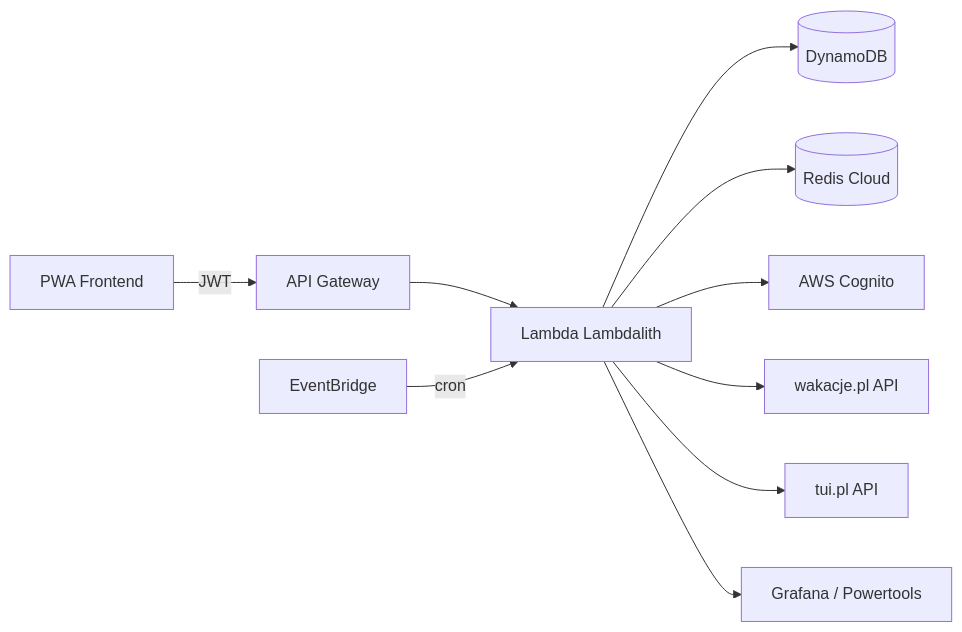
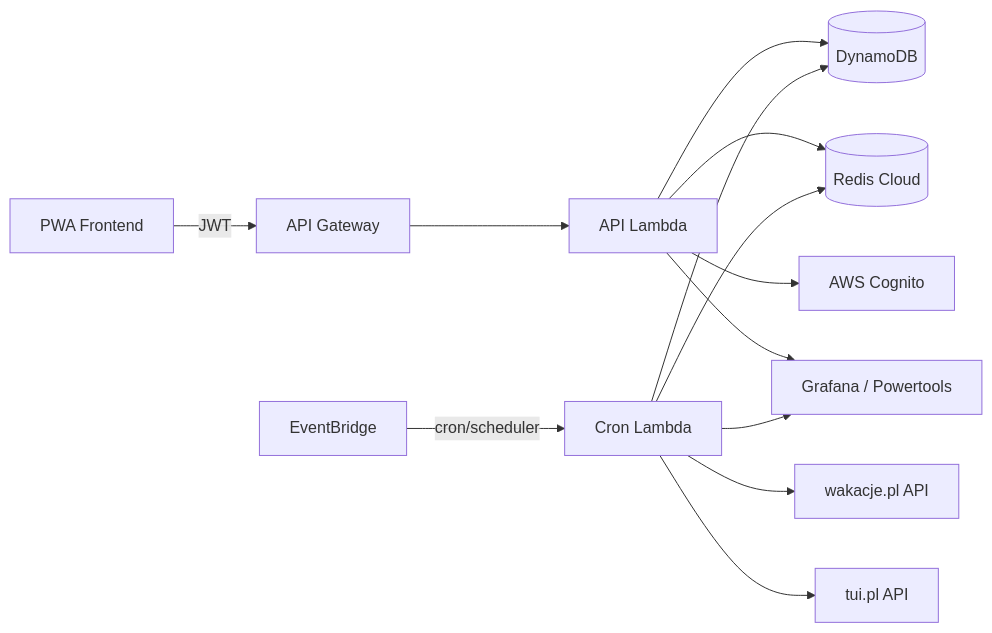
The diagram in docs/architecture/system-overview.md (skalskidaniel/travelis-backend), drawn with Mermaid before and after one commit. The commit also changed other lines of this file and 11 other files, not shown here.

````diff
--- a/docs/architecture/system-overview.md
+++ b/docs/architecture/system-overview.md
@@ -61,12 +64,15 @@
 ```mermaid
 flowchart LR
     PWA[PWA Frontend] -->|JWT| APIGW[API Gateway]
-    APIGW --> Lambda[Lambda Lambdalith]
-    Lambda --> DDB[(DynamoDB)]
-    Lambda --> Redis[(Redis Cloud)]
-    Lambda --> Cognito[AWS Cognito]
-    Lambda --> WAK[wakacje.pl API]
-    Lambda --> TUI[tui.pl API]
-    EB[EventBridge] -->|cron| Lambda
-    Lambda --> Grafana[Grafana / Powertools]
+    APIGW --> ApiLambda[API Lambda]
+    EB[EventBridge] -->|cron/scheduler| CronLambda[Cron Lambda]
+    ApiLambda --> DDB[(DynamoDB)]
+    CronLambda --> DDB
+    ApiLambda --> Redis[(Redis Cloud)]
+    CronLambda --> Redis
+    ApiLambda --> Cognito[AWS Cognito]
+    CronLambda --> WAK[wakacje.pl API]
+    CronLambda --> TUI[tui.pl API]
+    ApiLambda --> Grafana[Grafana / Powertools]
+    CronLambda --> Grafana
 ```
````
